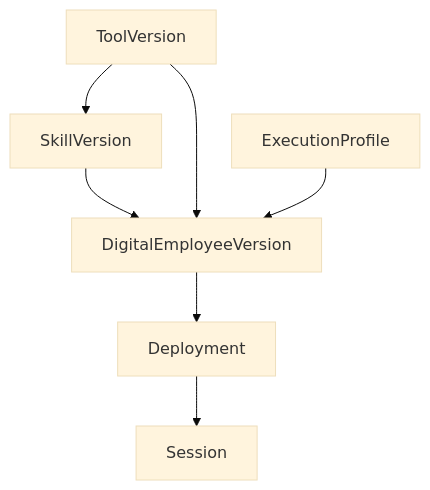
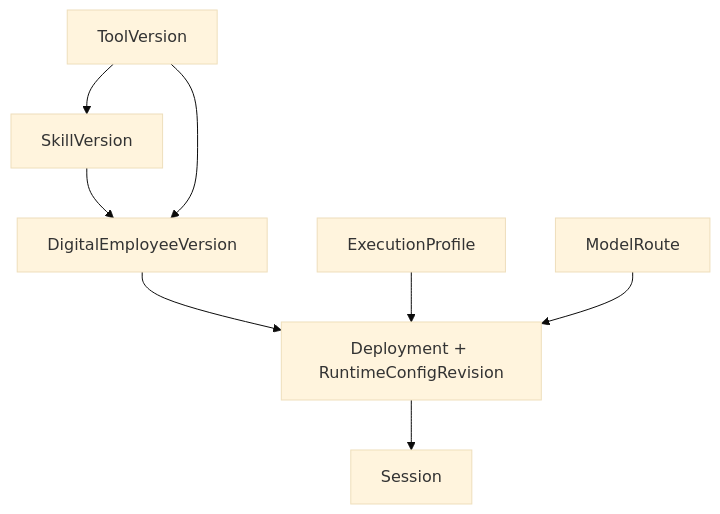
Before and after one commit to liulisheng/agentDemo: the first of 3 diagrams in docs/catalog-and-versioning.md, drawn with Mermaid (base theme). The commit also changed other lines of this file and 153 other files, not shown here.

```diff
--- a/docs/catalog-and-versioning.md
+++ b/docs/catalog-and-versioning.md
@@ -9,9 +9,10 @@
 ~~~mermaid
 flowchart TD
   Tool[ToolVersion] --> Skill[SkillVersion]
   Skill --> EmployeeVersion[DigitalEmployeeVersion]
   Tool --> EmployeeVersion
-  Profile[ExecutionProfile] --> EmployeeVersion
-  EmployeeVersion --> Deployment
+  EmployeeVersion --> Deployment[Deployment + RuntimeConfigRevision]
+  Profile[ExecutionProfile] --> Deployment
+  Route[ModelRoute] --> Deployment
   Deployment --> Session
 ~~~
```
